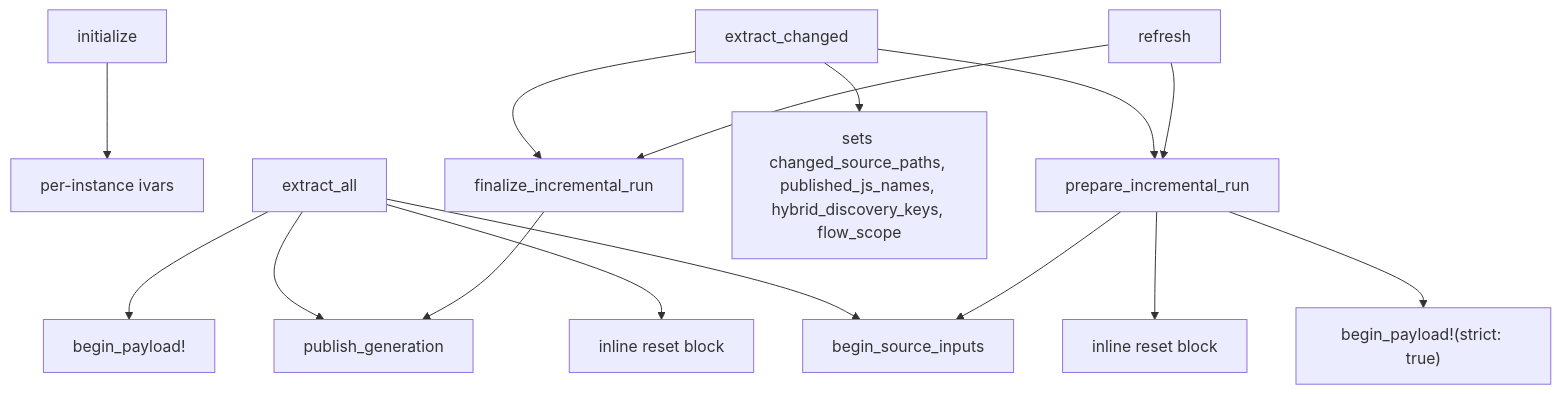
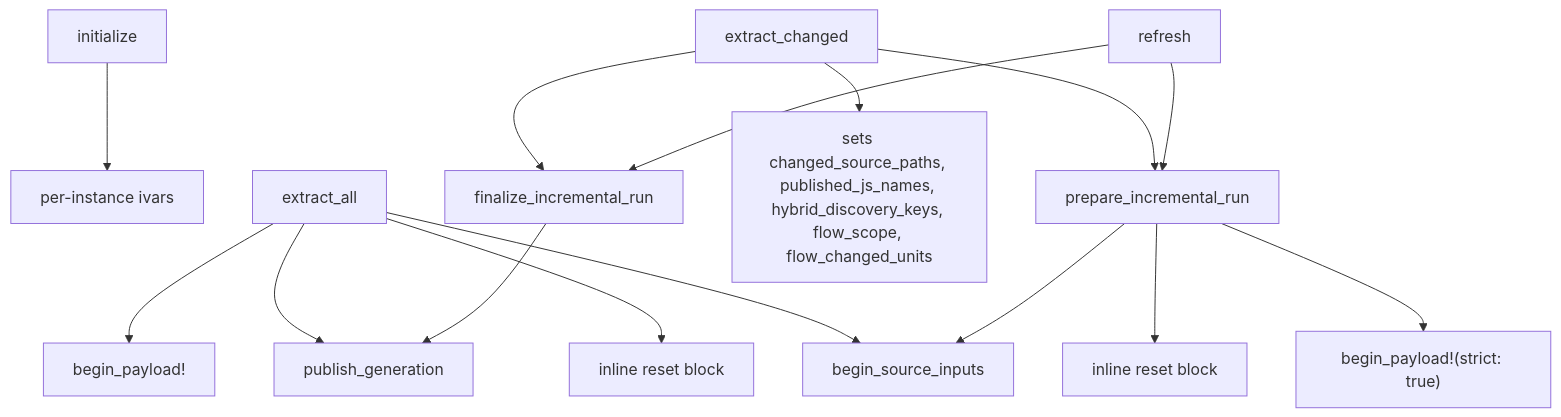
The diagram in docs/EXTRACTOR_RUN_STATE.md (lost-in-the/woods), drawn with Mermaid before and after one commit. The commit also changed other lines of this file and 7 other files, not shown here.

Commit message:
Reassemble flows that step into changed units the graph cannot see (#949)

````diff
--- a/docs/EXTRACTOR_RUN_STATE.md
+++ b/docs/EXTRACTOR_RUN_STATE.md
@@ -19,16 +19,16 @@
 ```mermaid
 flowchart TD
   init[initialize] --> inst[per-instance ivars]
   full[extract_all] --> reset_full[inline reset block]
   full --> bsi[begin_source_inputs]
   full --> bp[begin_payload!]
   inc[extract_changed] --> prep[prepare_incremental_run]
   ref[refresh] --> prep
   prep --> bsi
   prep --> bp2["begin_payload!(strict: true)"]
   prep --> reset_inc[inline reset block]
-  inc --> setsc["sets changed_source_paths, published_js_names, hybrid_discovery_keys, flow_scope"]
+  inc --> setsc["sets changed_source_paths, published_js_names, hybrid_discovery_keys, flow_scope, flow_changed_units"]
   full --> pub[publish_generation]
   inc --> fin[finalize_incremental_run] --> pub
   ref --> fin
 ```
````
